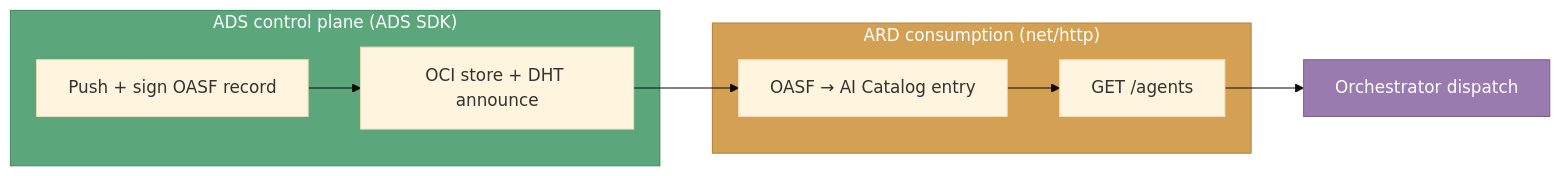
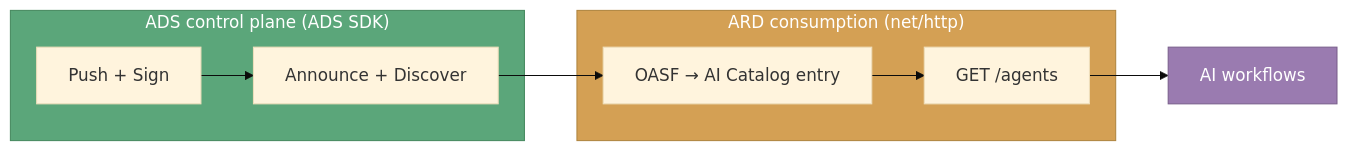
Before and after one commit to agntcy/blogs: the third of 3 diagrams in _posts/2026-06-17-ai-catalog-over-directory.md, drawn with Mermaid (base theme). The commit also changed other lines of this file, not shown here.

````diff
--- a/_posts/2026-06-17-ai-catalog-over-directory.md
+++ b/_posts/2026-06-17-ai-catalog-over-directory.md
@@ -304,16 +386,16 @@
 ```mermaid
 flowchart LR
     subgraph Control["ADS control plane (ADS SDK)"]
-        PUSH["Push + sign OASF record"]
-        INDEX["OCI store + DHT announce"]
+        PUSH["Push + Sign"]
+        INDEX["Announce + Discover"]
     end
     subgraph Consume["ARD consumption (net/http)"]
         SEARCH["GET /agents"]
         PROJECT["OASF → AI Catalog entry"]
     end
-    PUSH --> INDEX --> PROJECT --> SEARCH --> ORCH["Orchestrator dispatch"]
+    PUSH --> INDEX --> PROJECT --> SEARCH --> ORCH["AI workflows"]
 
     style Control fill:#5ba67a,stroke:#478a60,color:#fff
     style Consume fill:#d4a054,stroke:#b08540,color:#fff
     style ORCH fill:#9a7bb0,stroke:#7a5f8c,color:#fff
 ```
````
